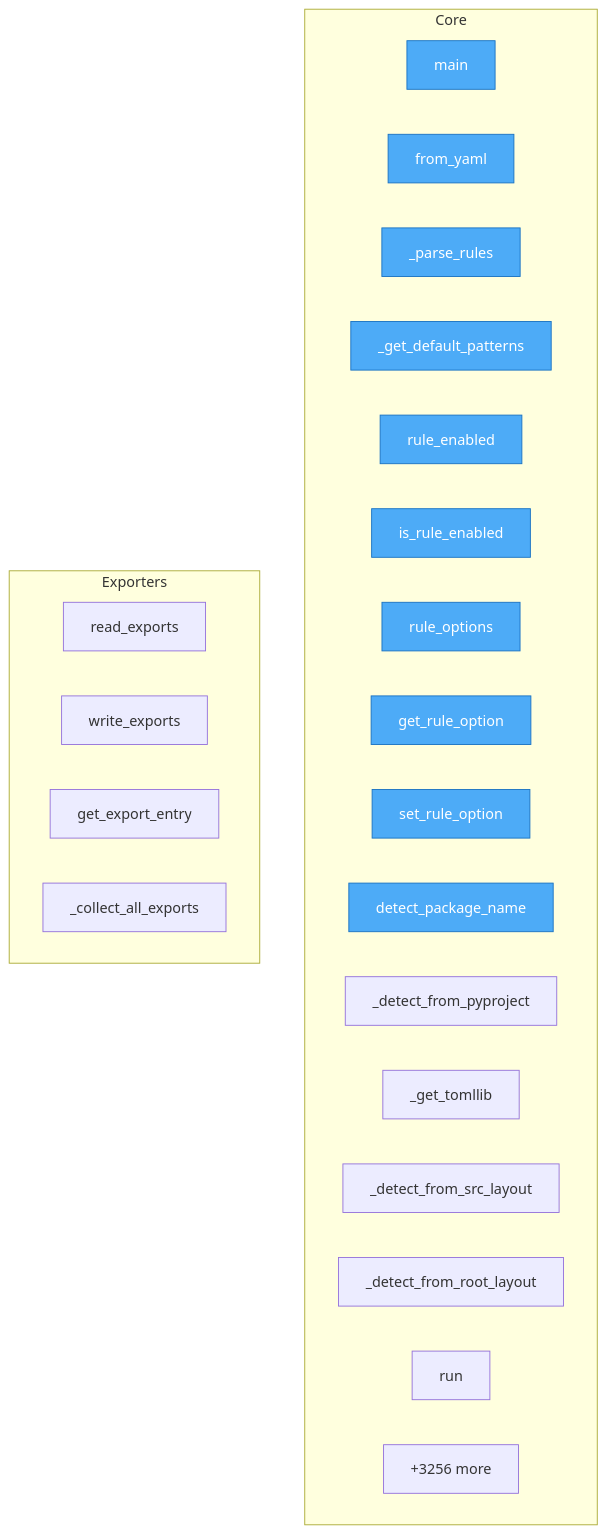
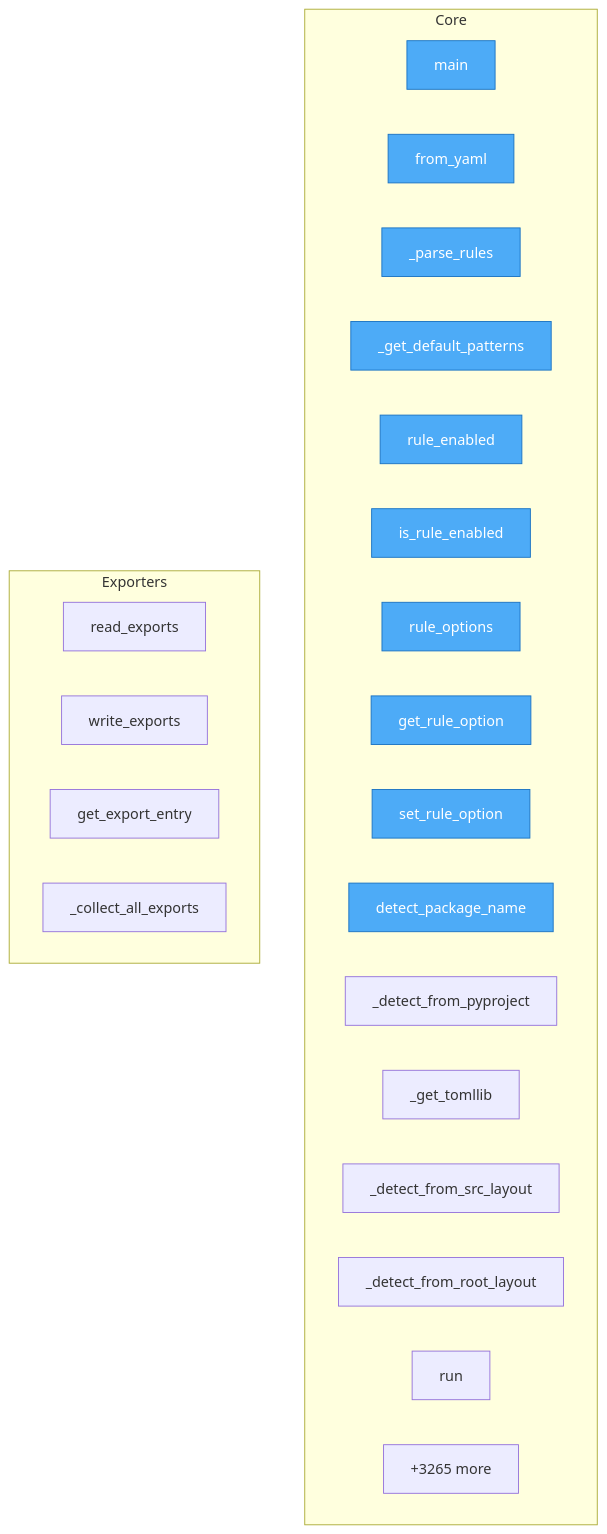
Before and after one commit to semcod/prefact: the diagram in project/flow.mmd, drawn with Mermaid. The commit also changed 26 other files, not shown here.

```diff
--- a/project/flow.mmd
+++ b/project/flow.mmd
@@ -1,32 +1,32 @@
 flowchart TD
 
     %% Entry points (blue)
     classDef entry fill:#4dabf7,stroke:#1971c2,color:#fff
 
     subgraph Core
         benchmark_ram_optimization__main["main"]
         src__prefact__config__Config__from_yaml["from_yaml"]
         src__prefact__config__Config___parse_rules["_parse_rules"]
         src__prefact__config__Config___get_default_patterns["_get_default_patterns"]
         src__prefact__config__Config__rule_enabled["rule_enabled"]
         src__prefact__config__Config__is_rule_enabled["is_rule_enabled"]
         src__prefact__config__Config__rule_options["rule_options"]
         src__prefact__config__Config__get_rule_option["get_rule_option"]
         src__prefact__config__Config__set_rule_option["set_rule_option"]
         src__prefact__config__Config__detect_package_name["detect_package_name"]
         src__prefact__config__Config___detect_from_pyproject["_detect_from_pyproject"]
         src__prefact__config__Config___get_tomllib["_get_tomllib"]
         src__prefact__config__Config___detect_from_src_layout["_detect_from_src_layout"]
         src__prefact__config__Config___detect_from_root_layout["_detect_from_root_layout"]
         src__prefact__engine__RefactoringEngine__run["run"]
-        ...["+3256 more"]
+        ...["+3265 more"]
     end
 
     subgraph Exporters
         project__map__toon__read_exports["read_exports"]
         project__map__toon__write_exports["write_exports"]
         project__map__toon__get_export_entry["get_export_entry"]
         project__map__toon___collect_all_exports["_collect_all_exports"]
     end
 
     class benchmark_ram_optimization__main,src__prefact__config__Config__from_yaml,src__prefact__config__Config___parse_rules,src__prefact__config__Config___get_default_patterns,src__prefact__config__Config__rule_enabled,src__prefact__config__Config__is_rule_enabled,src__prefact__config__Config__rule_options,src__prefact__config__Config__get_rule_option,src__prefact__config__Config__set_rule_option,src__prefact__config__Config__detect_package_name entry
```
